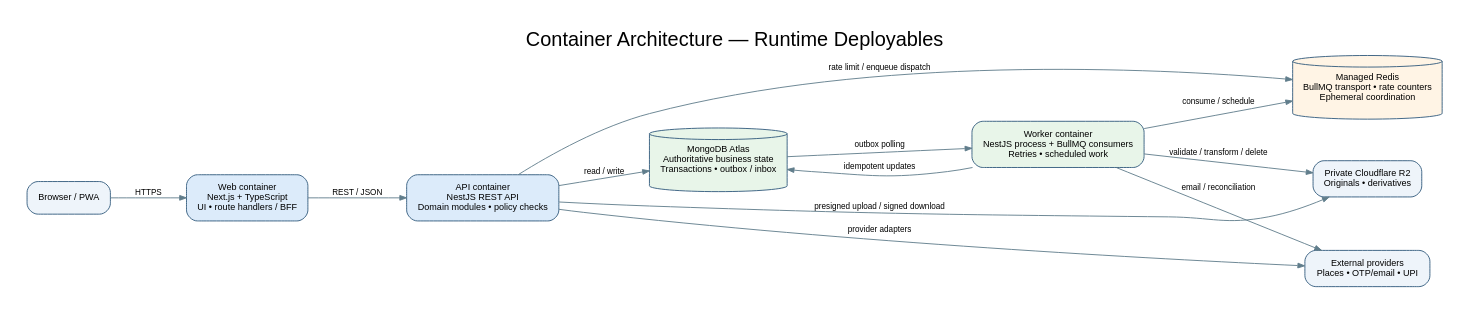
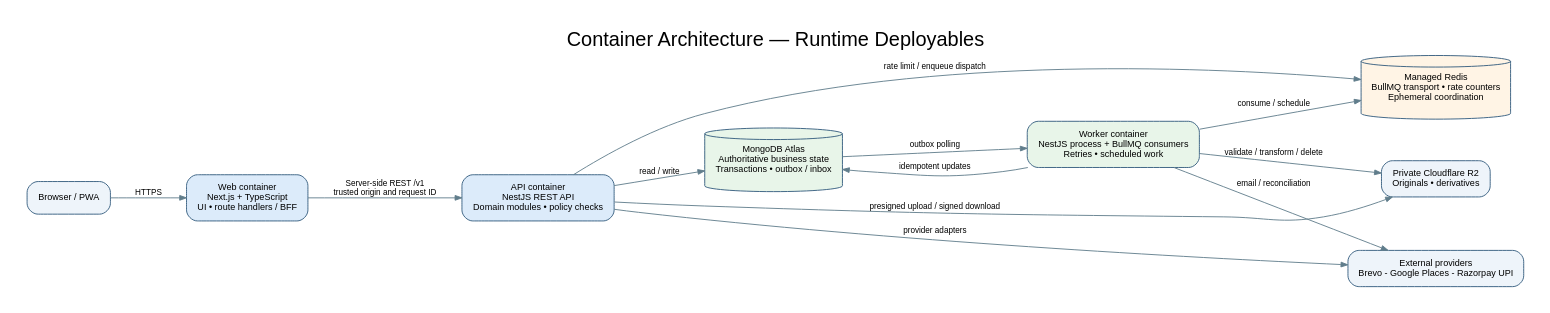
The diagram in docs/02-system-architecture/diagrams/container-architecture.dot (codeX4r/make-my-marrige), drawn with Graphviz before and after one commit. The commit also changed 24 other files, not shown here.

```diff
--- a/docs/02-system-architecture/diagrams/container-architecture.dot
+++ b/docs/02-system-architecture/diagrams/container-architecture.dot
@@ -1,24 +1,24 @@
 digraph G {
  graph [rankdir=LR, bgcolor="white", pad="0.3", nodesep="0.45", ranksep="0.75", labelloc=t, label="Container Architecture — Runtime Deployables", fontsize=22, fontname="Arial"];
  node [shape=box, style="rounded,filled", fontname="Arial", fontsize=10, margin="0.16,0.12", color="#315A7D", fillcolor="#EEF4FA"];
  edge [fontname="Arial", fontsize=9, color="#607D8B", arrowsize=0.75];
  browser [label="Browser / PWA"];
  web [label="Web container\nNext.js + TypeScript\nUI • route handlers / BFF", fillcolor="#DCEBFA"];
  api [label="API container\nNestJS REST API\nDomain modules • policy checks", fillcolor="#DCEBFA"];
  worker [label="Worker container\nNestJS process + BullMQ consumers\nRetries • scheduled work", fillcolor="#E8F5E9"];
  mongo [label="MongoDB Atlas\nAuthoritative business state\nTransactions • outbox / inbox", shape=cylinder, fillcolor="#E8F5E9"];
  redis [label="Managed Redis\nBullMQ transport • rate counters\nEphemeral coordination", shape=cylinder, fillcolor="#FFF4E5"];
  r2 [label="Private Cloudflare R2\nOriginals • derivatives"];
- providers [label="External providers\nPlaces • OTP/email • UPI"];
+ providers [label="External providers\nBrevo - Google Places - Razorpay UPI"];
  browser -> web [label="HTTPS"];
- web -> api [label="REST / JSON"];
+ web -> api [label="Server-side REST /v1\ntrusted origin and request ID"];
  api -> mongo [label="read / write"];
  api -> redis [label="rate limit / enqueue dispatch"];
  api -> providers [label="provider adapters"];
  api -> r2 [label="presigned upload / signed download"];
  mongo -> worker [label="outbox polling"];
  worker -> redis [label="consume / schedule"];
  worker -> mongo [label="idempotent updates"];
  worker -> r2 [label="validate / transform / delete"];
  worker -> providers [label="email / reconciliation"];
 }
```
